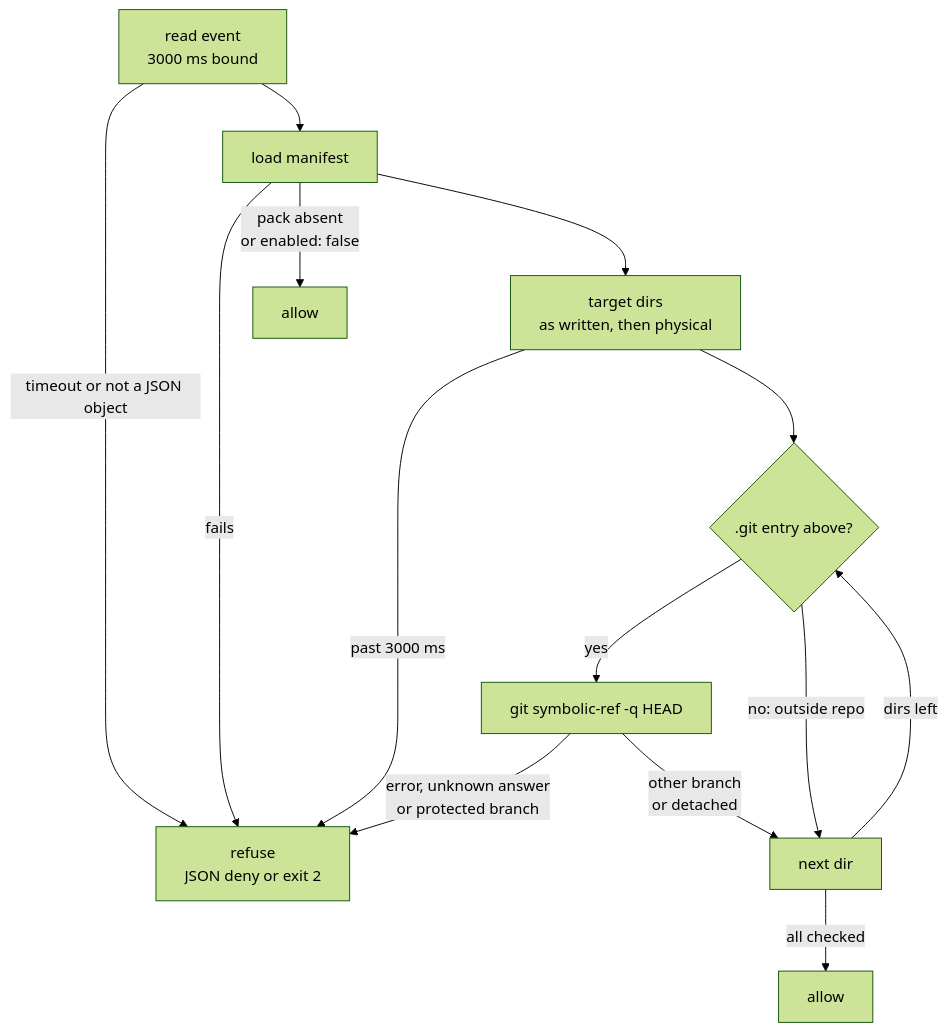
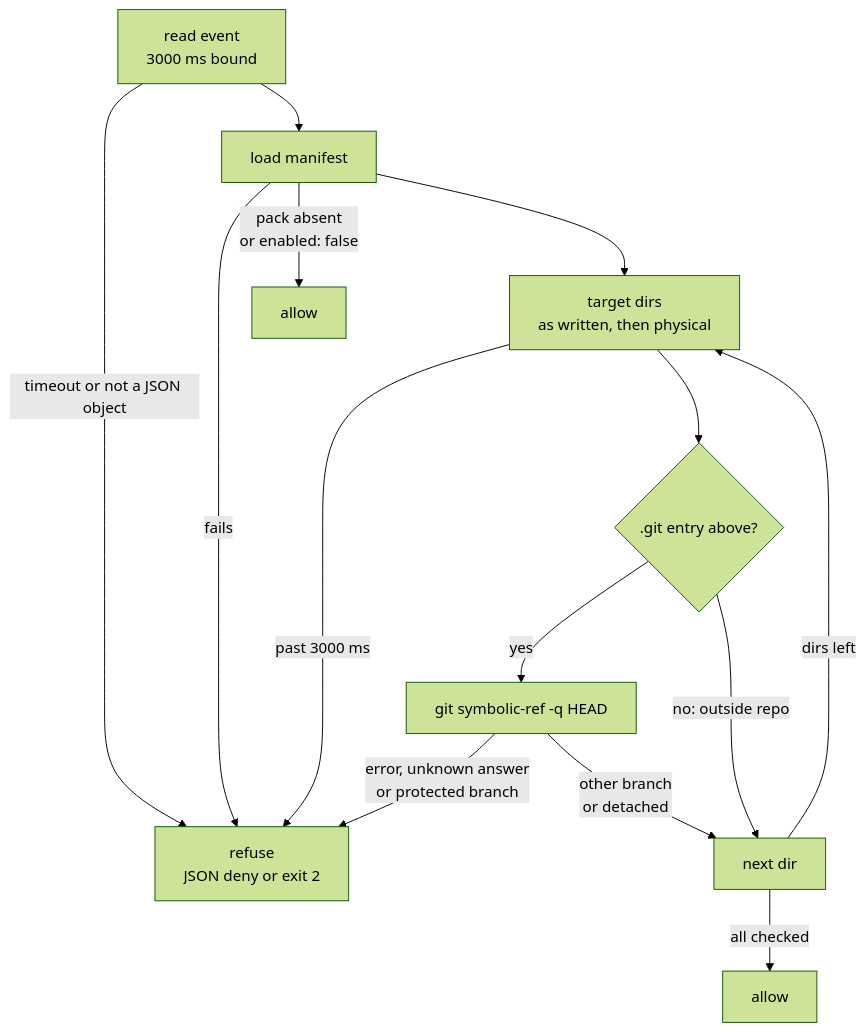
The diagram in docs/policy-packs/branch-protection.md (LanNguyenSi/harness), drawn with Mermaid (forest theme) before and after one commit. The commit also changed other lines of this file and 7 other files, not shown here.

````diff
--- a/docs/policy-packs/branch-protection.md
+++ b/docs/policy-packs/branch-protection.md
@@ -91,26 +91,26 @@
 ```mermaid
 flowchart TD
   READ["read event<br/>3000 ms bound"]
   LOAD["load manifest"]
   OFF["allow"]
   DIRS["target dirs<br/>as written, then physical"]
   WALK{".git entry above?"}
   GIT["git symbolic-ref -q HEAD"]
   NEXT["next dir"]
   ALLOW["allow"]
   REFUSE["refuse<br/>JSON deny or exit 2"]
 
   READ -->|"timeout or not a JSON object"| REFUSE
   READ --> LOAD
   LOAD -->|fails| REFUSE
   LOAD -->|"pack absent<br/>or enabled: false"| OFF
   LOAD --> DIRS
   DIRS -->|past 3000 ms| REFUSE
   DIRS --> WALK
   WALK -->|yes| GIT
   WALK -->|"no: outside repo"| NEXT
   GIT -->|"error, unknown answer<br/>or protected branch"| REFUSE
   GIT -->|"other branch<br/>or detached"| NEXT
-  NEXT -->|dirs left| WALK
+  NEXT -->|dirs left| DIRS
   NEXT -->|all checked| ALLOW
 ```
````
